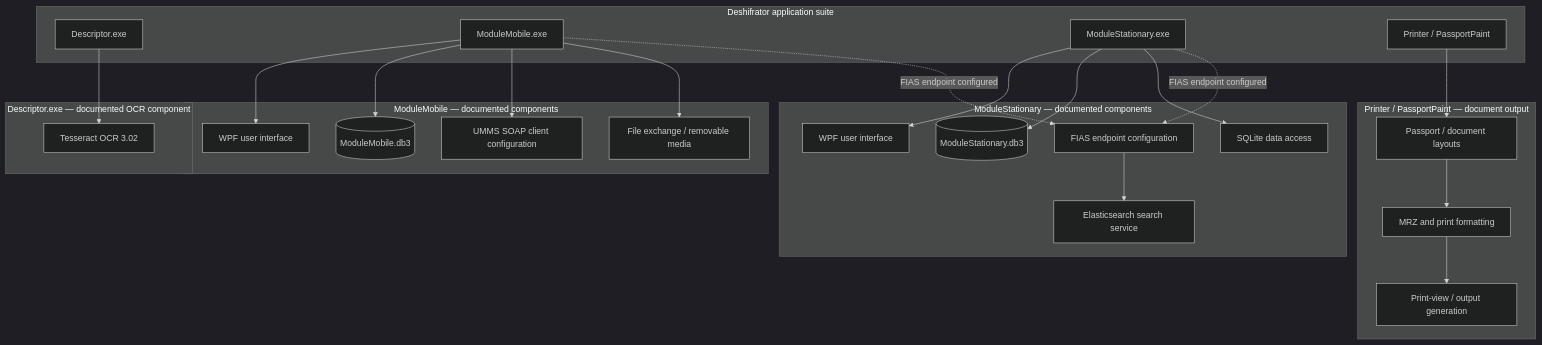
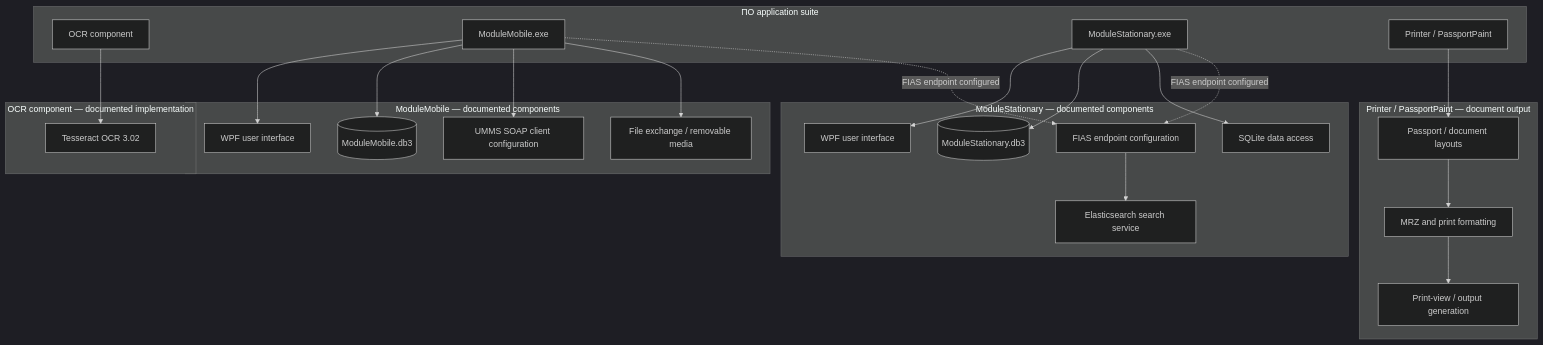
The eighth of 10 diagrams in materials/architecture/README.md (ekatmoz88-alt/territory-descriptor-unified), drawn with Mermaid (dark theme) before and after one commit. The commit also changed other lines of this file, not shown here.

````diff
--- a/materials/architecture/README.md
+++ b/materials/architecture/README.md
@@ -218,43 +213,43 @@
 ```mermaid
 flowchart TB
-  subgraph SUITE["Deshifrator application suite"]
-    DESCRIPTOR["Descriptor.exe"]
+  subgraph SUITE["ПО application suite"]
+    OCRAPP["OCR component"]
     MOBILE["ModuleMobile.exe"]
     STATIONARY["ModuleStationary.exe"]
     PRINT["Printer / PassportPaint"]
   end
-  subgraph DESCRIPTORPARTS["Descriptor.exe — documented OCR component"]
+  subgraph OCRPARTS["OCR component — documented implementation"]
     OCR["Tesseract OCR 3.02"]
   end
   subgraph MOBILEPARTS["ModuleMobile — documented components"]
     MUI["WPF user interface"]
     MOBDB[("ModuleMobile.db3")]
     SOAP["UMMS SOAP client configuration"]
     FILEOUT["File exchange / removable media"]
   end
   subgraph STPARTS["ModuleStationary — documented components"]
     SUI["WPF user interface"]
     STDB[("ModuleStationary.db3")]
     SQLITE["SQLite data access"]
     FIAS["FIAS endpoint configuration"]
     ELASTIC["Elasticsearch search service"]
   end
   subgraph PRINTPARTS["Printer / PassportPaint — document output"]
     LAYOUT["Passport / document layouts"]
     MRZ["MRZ and print formatting"]
     OUTPUT["Print-view / output generation"]
   end
-  DESCRIPTOR --> OCR
+  OCRAPP --> OCR
   MOBILE --> MUI
   MOBILE --> MOBDB
   MOBILE --> SOAP
   MOBILE --> FILEOUT
   STATIONARY --> SUI
   STATIONARY --> STDB
   STATIONARY --> SQLITE
   MOBILE -. "FIAS endpoint configured" .-> FIAS
   STATIONARY -. "FIAS endpoint configured" .-> FIAS
   FIAS --> ELASTIC
   PRINT --> LAYOUT
   LAYOUT --> MRZ --> OUTPUT
 ```
````
